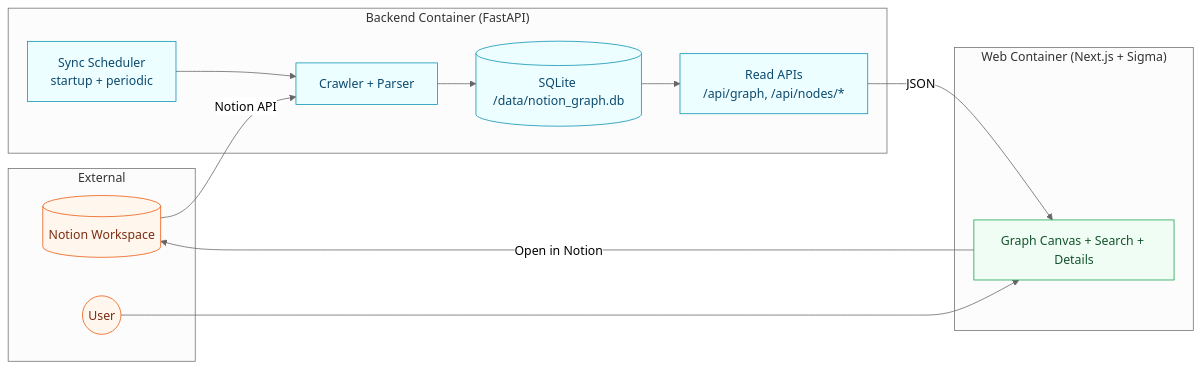
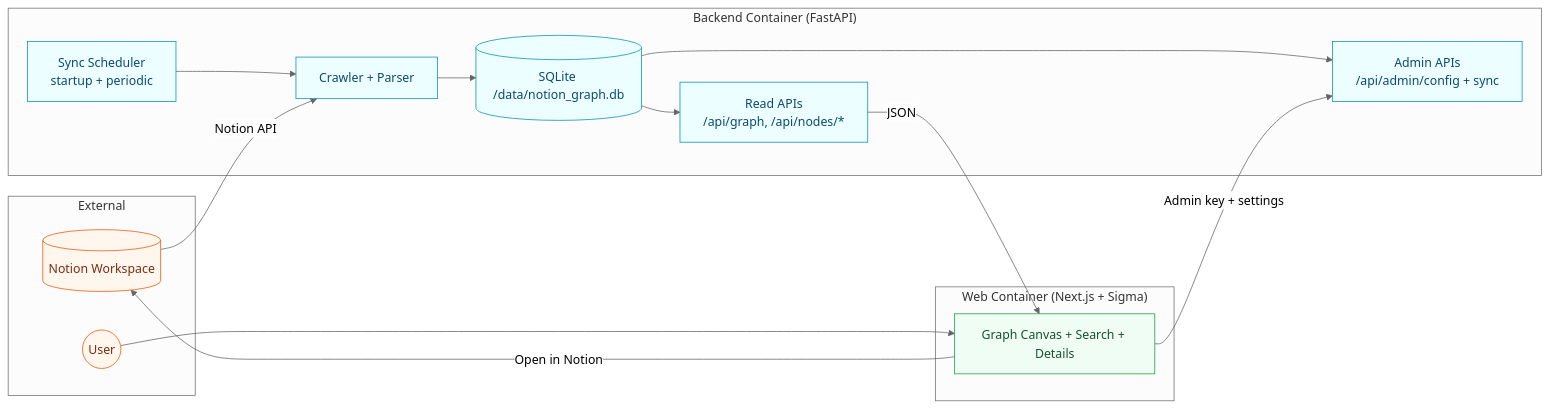
One commit to ziyixi/notion-graph changed the first of 2 diagrams in README.md. Above: the diagram before and after it, drawn with Mermaid (neutral theme). The commit also changed other lines of this file and 17 other files, not shown here.

````diff
--- a/README.md
+++ b/README.md
@@ -18,34 +18,37 @@
 ```mermaid
 flowchart LR
     subgraph External
       n[(Notion Workspace)]
       u((User))
     end
 
     subgraph Backend["Backend Container (FastAPI)"]
       c[Crawler + Parser]
       sch[Sync Scheduler<br/>startup + periodic]
       db[(SQLite /data/notion_graph.db)]
       api[Read APIs<br/>/api/graph, /api/nodes/*]
+      admin[Admin APIs<br/>/api/admin/config + sync]
       c --> db
       sch --> c
       db --> api
+      db --> admin
     end
 
     subgraph Web["Web Container (Next.js + Sigma)"]
       ui[Graph Canvas + Search + Details]
     end
 
     n -->|Notion API| c
     api -->|JSON| ui
+    ui -->|Admin key + settings| admin
     u --> ui
     ui -->|Open in Notion| n
 
     classDef ext fill:#fff7ed,stroke:#ea580c,color:#7c2d12;
     classDef be fill:#ecfeff,stroke:#0891b2,color:#0c4a6e;
     classDef fe fill:#f0fdf4,stroke:#16a34a,color:#14532d;
 
     class n,u ext;
-    class c,sch,db,api be;
+    class c,sch,db,api,admin be;
     class ui fe;
 ```
````
